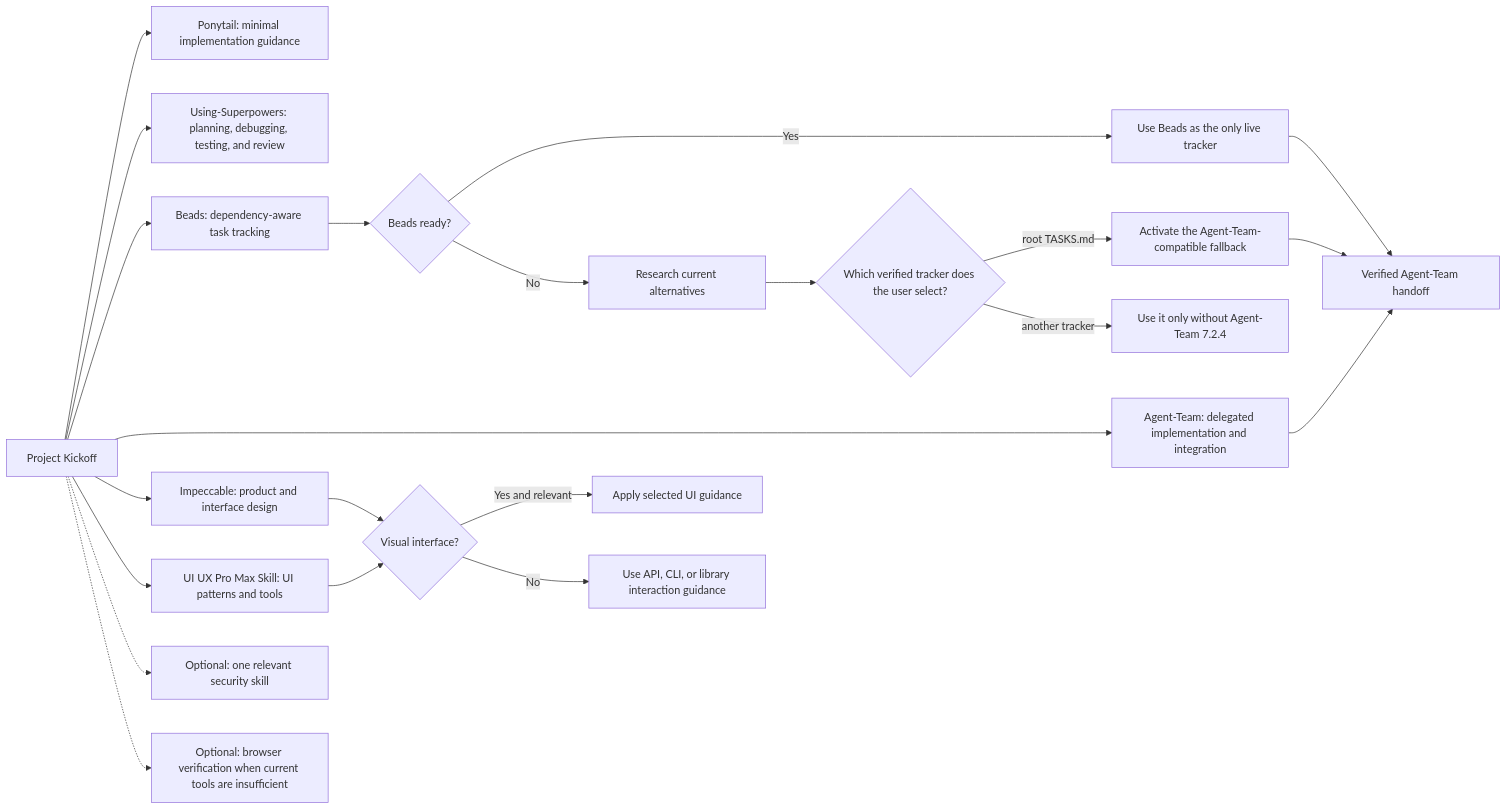
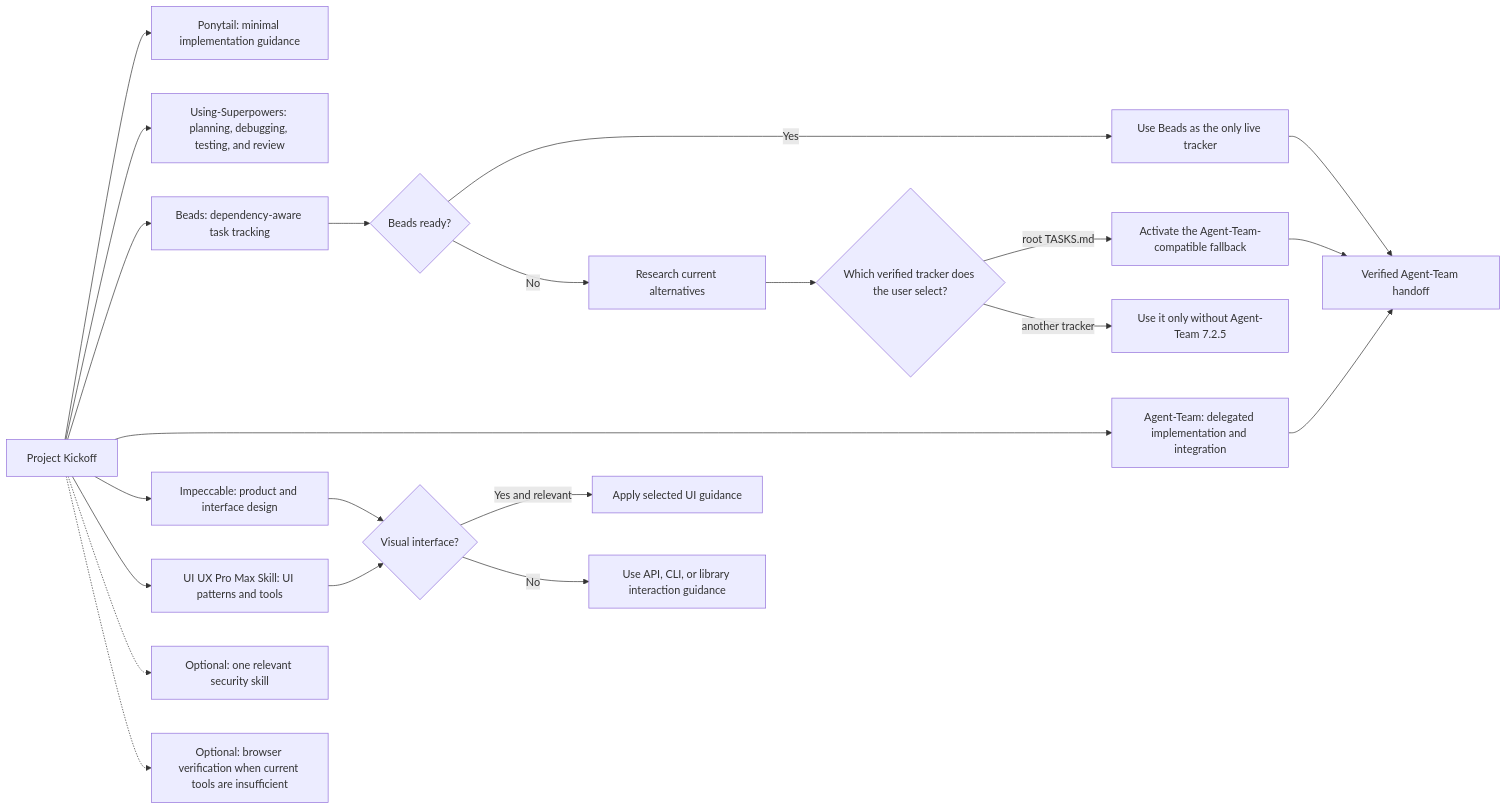
One commit to thebpandey/project-kickoff changed the second of 2 diagrams in README.md. Above: the diagram before and after it, drawn with Mermaid. The commit also changed other lines of this file and 10 other files, not shown here.

Commit message:
fix: target Agent-Team 7.2.5 handoffs

````diff
--- a/README.md
+++ b/README.md
@@ -156,27 +156,27 @@
 ```mermaid
 flowchart LR
     PK["Project Kickoff"] --> P["Ponytail: minimal implementation guidance"]
     PK --> S["Using-Superpowers: planning, debugging, testing, and review"]
     PK --> B["Beads: dependency-aware task tracking"]
     PK --> A["Agent-Team: delegated implementation and integration"]
     PK --> I["Impeccable: product and interface design"]
     PK --> UI["UI UX Pro Max Skill: UI patterns and tools"]
 
     B --> BR{"Beads ready?"}
     BR -->|Yes| BT["Use Beads as the only live tracker"]
     BR -->|No| RESEARCH["Research current alternatives"]
     RESEARCH --> USER{"Which verified tracker does the user select?"}
     USER -->|root TASKS.md| FT["Activate the Agent-Team-compatible fallback"]
-    USER -->|another tracker| NAT["Use it only without Agent-Team 7.2.4"]
+    USER -->|another tracker| NAT["Use it only without Agent-Team 7.2.5"]
 
     I --> VIS{"Visual interface?"}
     UI --> VIS
     VIS -->|Yes and relevant| DESIGN["Apply selected UI guidance"]
     VIS -->|No| NONVIS["Use API, CLI, or library interaction guidance"]
 
     PK -.-> SEC["Optional: one relevant security skill"]
     PK -.-> BROWSER["Optional: browser verification when current tools are insufficient"]
     BT --> HANDOFF["Verified Agent-Team handoff"]
     FT --> HANDOFF
     A --> HANDOFF
 ```
````
